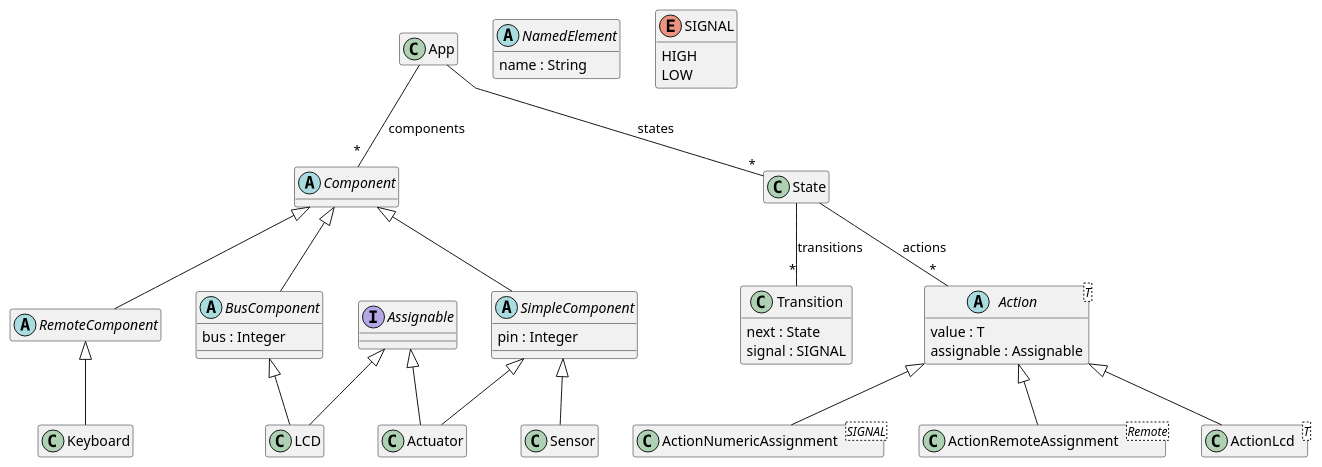
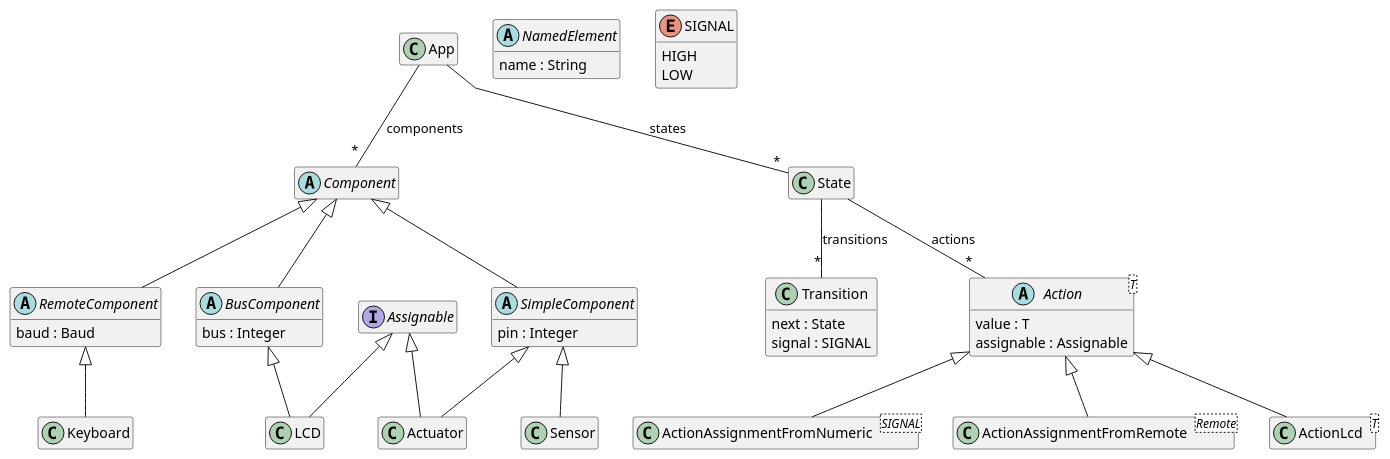
The diagram in kernels/kernel.plantuml (MathieuPaillart/arduinoML-dsl), drawn with PlantUML before and after one commit.

Commit message:
Update UML diagram

```diff
--- a/kernels/kernel.plantuml
+++ b/kernels/kernel.plantuml
@@ -1,88 +1,86 @@
 @startuml
 skinparam linetype polyline
 ' Inheritance
 Component <|-- BusComponent
 Component <|-- SimpleComponent
 Component <|-- RemoteComponent
 BusComponent <|-- LCD
 SimpleComponent <|-- Actuator
 SimpleComponent <|-- Sensor
 Assignable <|-- LCD
 Assignable <|-- Actuator
-class "ActionNumericAssignment<SIGNAL>" as ActionNumericAssignment_SIGNAL
-class "ActionRemoteAssignment<Remote>" as ActionRemoteAssignment_Remote
+class "ActionAssignmentFromNumeric<SIGNAL>" as ActionAssignmentFromNumeric_SIGNAL
+class "ActionAssignmentFromRemote<Remote>" as ActionAssignmentFromRemote_Remote
 
-Action <|-- ActionNumericAssignment_SIGNAL
-Action <|-- ActionRemoteAssignment_Remote
+Action <|-- ActionAssignmentFromNumeric_SIGNAL
+Action <|-- ActionAssignmentFromRemote_Remote
 Action <|-- ActionLcd
 RemoteComponent <|-- Keyboard
 ' NamedElement <|-- Component
 ' NamedElement <|-- Remote
 ' NamedElement <|-- State
 ' NamedElement <|-- App
 
 ' Abstract Class Declaration
 abstract class NamedElement{
   name : String
 }
 abstract class Action<T> {
    value : T
    assignable : Assignable
 }
 abstract class Component {
 }
 abstract class BusComponent {
   bus : Integer
 }
 abstract class SimpleComponent {
   pin : Integer
 }
 interface Assignable {
 }
 abstract class RemoteComponent {
   baud : Baud
 }
 class ActionLcd<T> {
 }
 ' Class Declaration
 class App {
 }
 class Transition {
     next : State
     signal : SIGNAL
 }
 ' Enum Declaration
 enum SIGNAL {
    HIGH
    LOW
 }
 
 ' All attributes
 App -- "*" Component : components
 App -- "*" State : states
 State -- "*" Action : actions
 State -- "*" Transition : transitions
 
 ' Hide methods
-hide Component methods
-hide Keyboard methods
 hide RemoteComponent methods
+hide BusComponent methods
+hide SimpleComponent methods
+hide Transition methods
 hide Action methods
+hide NamedElement methods
 hide SIGNAL methods
-hide Transition methods
-hide NamedElement methods
-hide ActionNumericAssignment_SIGNAL methods
-hide ActionRemoteAssignment_Remote methods
 ' Hide members
-hide RemoteComponent members
 hide Keyboard members
 hide LCD members
-hide Keyboard members
+hide Actuator members
+hide Sensor members
+hide ActionAssignmentFromNumeric_SIGNAL members
+hide ActionAssignmentFromRemote_Remote members
 hide ActionLcd members
-hide Sensor members
+hide State members
+hide Component members
+hide Assignable members
 hide App members
-hide Actuator members
-hide State members
-hide ActionNumericAssignment_SIGNAL members
-hide ActionRemoteAssignment_Remote members
 @enduml
```
